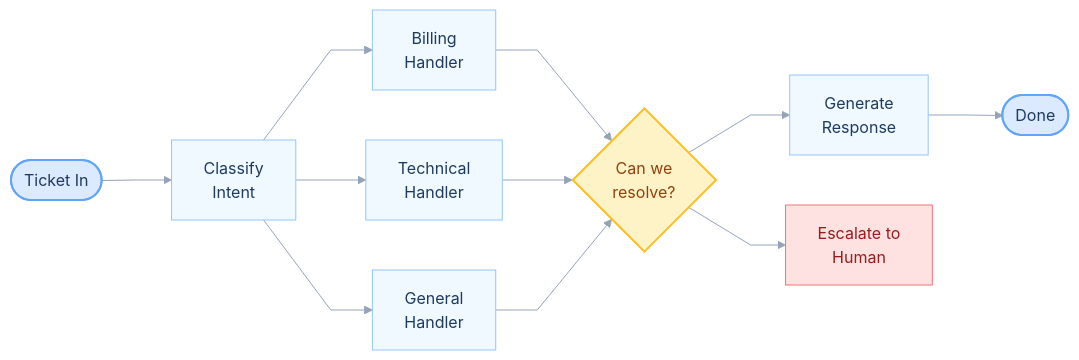
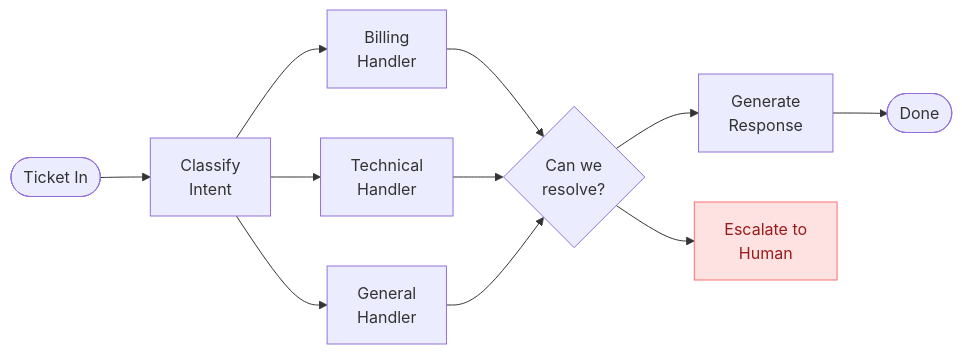
Before and after one commit to daveebbelaar/ai-cookbook: the second of 6 diagrams in agents/autonomy-levels/README.md, drawn with Mermaid. The commit also changed other lines of this file, not shown here.

Commit message:
Refactor README.md to simplify flowchart configurations and enhance clarity by removing redundant styling elements, improving readability of AI autonomy levels and orchestration details.

````diff
--- a/agents/autonomy-levels/README.md
+++ b/agents/autonomy-levels/README.md
@@ -52,32 +34,15 @@
 ```mermaid
----
-config:
-  theme: base
-  themeVariables:
-    primaryColor: "#dbeafe"
-    primaryTextColor: "#1e3a5f"
-    primaryBorderColor: "#93c5fd"
-    lineColor: "#94a3b8"
-  flowchart:
-    curve: linear
-    padding: 16
-    nodeSpacing: 50
-    rankSpacing: 70
----
 flowchart LR
-    IN(["Ticket In"]):::input --> CLASSIFY["Classify<br>Intent"]:::process
-    CLASSIFY --> BILLING["Billing<br>Handler"]:::process
-    CLASSIFY --> TECH["Technical<br>Handler"]:::process
-    CLASSIFY --> GEN["General<br>Handler"]:::process
-    BILLING --> VALIDATE{"Can we<br>resolve?"}:::decision
+    IN(["Ticket In"]) --> CLASSIFY["Classify<br>Intent"]
+    CLASSIFY --> BILLING["Billing<br>Handler"]
+    CLASSIFY --> TECH["Technical<br>Handler"]
+    CLASSIFY --> GEN["General<br>Handler"]
+    BILLING --> VALIDATE{"Can we<br>resolve?"}
     TECH --> VALIDATE
     GEN --> VALIDATE
-    VALIDATE --> RESPOND["Generate<br>Response"]:::process
+    VALIDATE --> RESPOND["Generate<br>Response"]
     VALIDATE --> ESCALATE["Escalate to<br>Human"]:::escalate
-    RESPOND --> OUT(["Done"]):::input
+    RESPOND --> OUT(["Done"])
 
-    classDef input fill:#dbeafe,stroke:#60a5fa,color:#1e3a5f,stroke-width:2px
-    classDef process fill:#f0f9ff,stroke:#93c5fd,color:#1e3a5f,stroke-width:1px
-    classDef decision fill:#fef3c7,stroke:#fbbf24,color:#92400e,stroke-width:2px
-    classDef escalate fill:#fee2e2,stroke:#f87171,color:#991b1b,stroke-width:1px
+    classDef escalate fill:#fee2e2,stroke:#f87171,color:#991b1b
 ```
````
